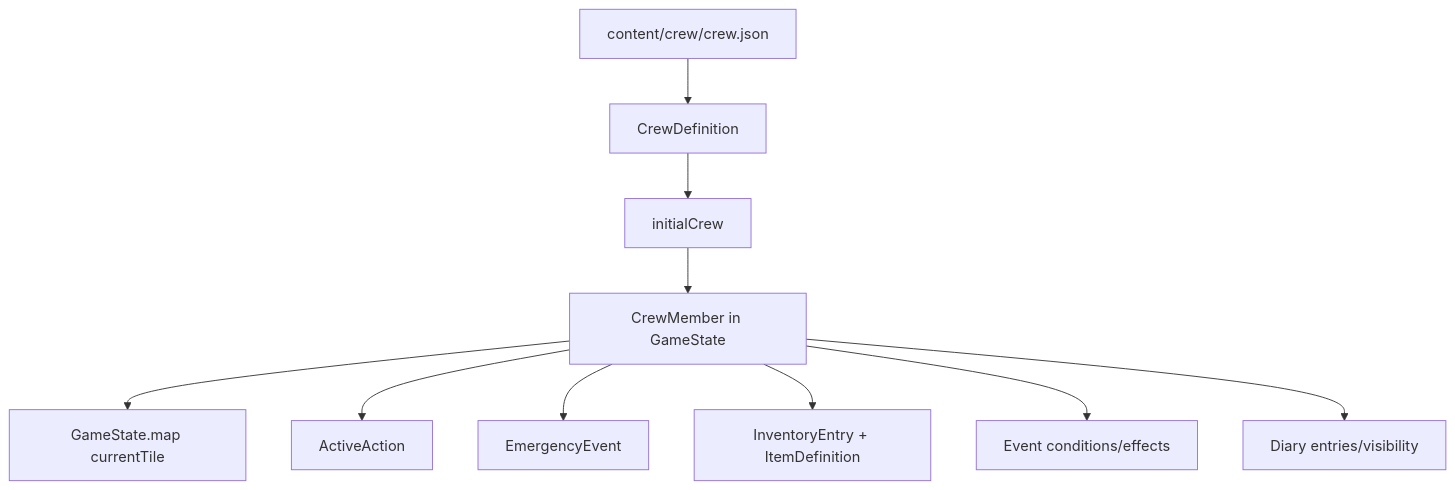
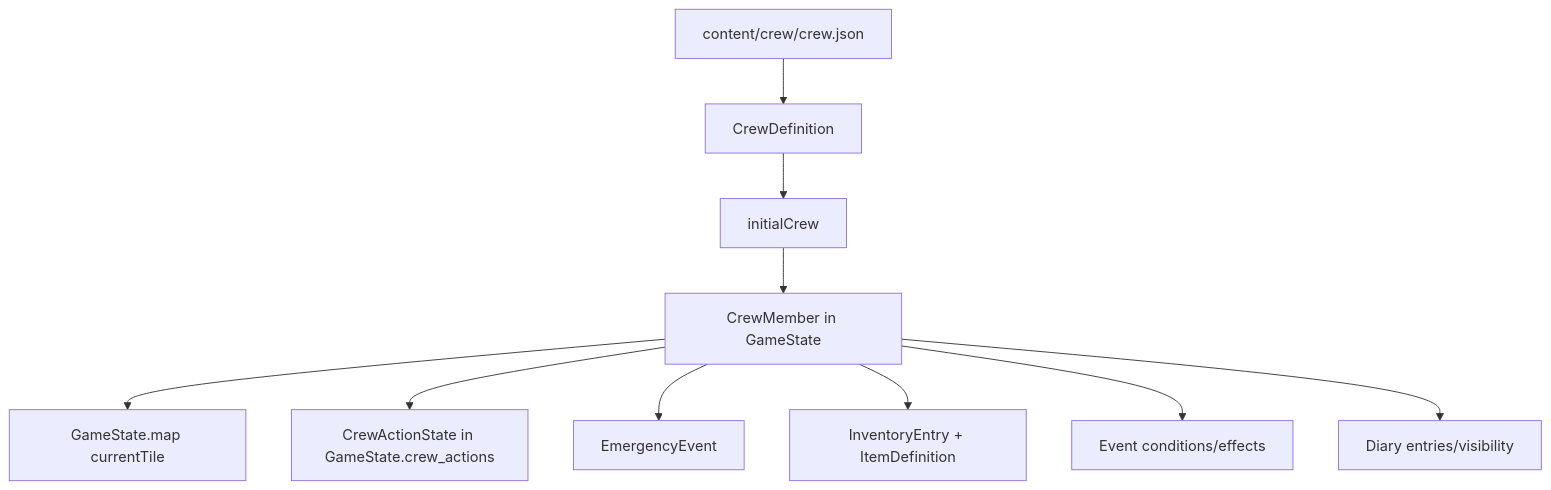
The diagram in docs/game_model/crew.md (Hikaru518/stellar-frontier), drawn with Mermaid before and after one commit. The commit also changed other lines of this file and 18 other files, not shown here.

````diff
--- a/docs/game_model/crew.md
+++ b/docs/game_model/crew.md
@@ -7,12 +7,12 @@
 ```mermaid
 flowchart TD
   CrewJson["content/crew/crew.json"] --> CrewDefinition["CrewDefinition"]
   CrewDefinition --> InitialCrew["initialCrew"]
   InitialCrew --> CrewMember["CrewMember in GameState"]
   CrewMember --> GameMapState["GameState.map currentTile"]
-  CrewMember --> ActiveAction["ActiveAction"]
+  CrewMember --> CrewActionState["CrewActionState in GameState.crew_actions"]
   CrewMember --> EmergencyEvent["EmergencyEvent"]
   CrewMember --> Inventory["InventoryEntry + ItemDefinition"]
   CrewMember --> EventRules["Event conditions/effects"]
   CrewMember --> Diary["Diary entries/visibility"]
 ```
````
